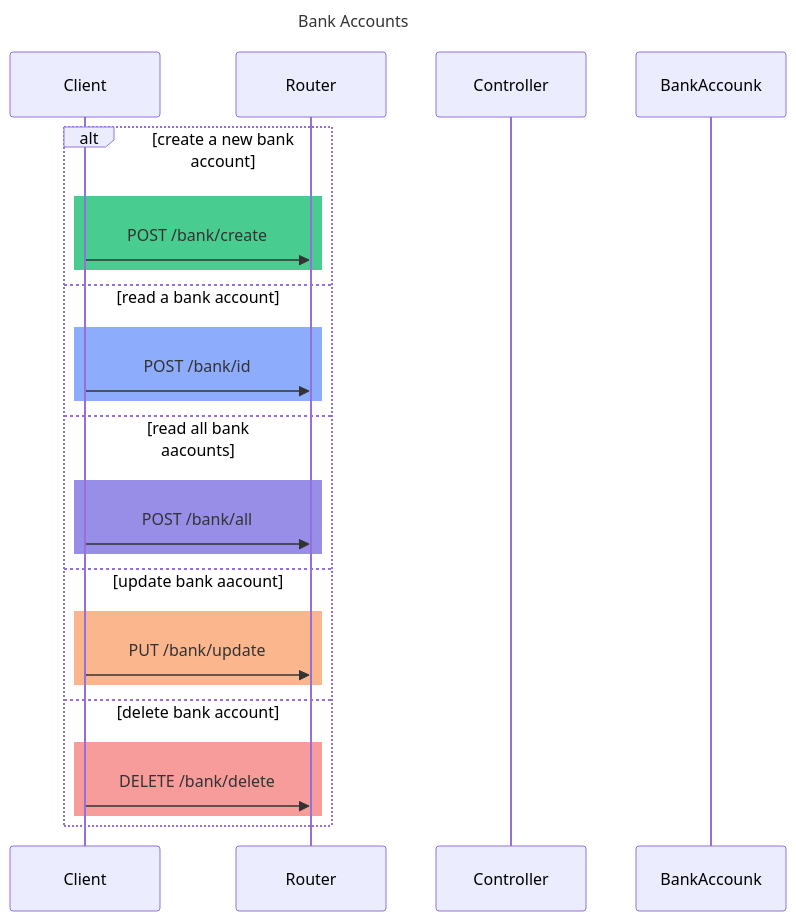
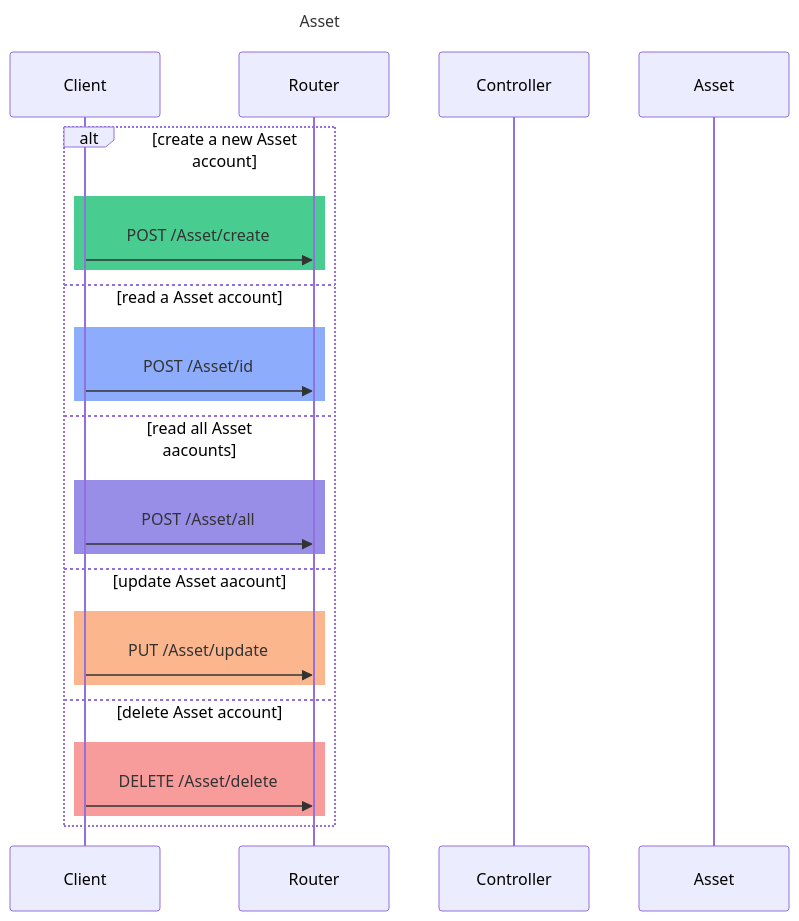
One commit to SawatKia/WealthTracking changed the diagram in design/Classes/Assets.mmd. Above: the diagram before and after it, drawn with Mermaid.

Commit message:
change text from template

```diff
--- a/design/Classes/Assets.mmd
+++ b/design/Classes/Assets.mmd
@@ -1,28 +1,28 @@
 sequenceDiagram
-    title Bank Accounts
+    title Asset 
     participant Client
     participant Router
     participant Controller
-    participant Bank as BankAccounk
+    participant Asset as Asset
 
-    alt create a new bank account
+    alt create a new Asset account
         rect rgb(73,204,144)
-            Client->>Router: POST /bank/create
+            Client->>Router: POST /Asset/create
         end
-    else read a bank account
+    else read a Asset account
         rect rgb(142,172,252)
-            Client->>Router: POST /bank/id
+            Client->>Router: POST /Asset/id
         end
-    else read all bank aacounts
+    else read all Asset aacounts
         rect rgb(152, 142, 232)
-            Client->>Router: POST /bank/all
+            Client->>Router: POST /Asset/all
         end
-    else update bank aacount
+    else update Asset aacount
         rect rgb(252,182,142)
-            Client->>Router: PUT  /bank/update
+            Client->>Router: PUT  /Asset/update
         end
-    else delete bank account
+    else delete Asset account
         rect rgb(247,155,155)
-            Client->>Router: DELETE /bank/delete
+            Client->>Router: DELETE /Asset/delete
         end
     end
```
